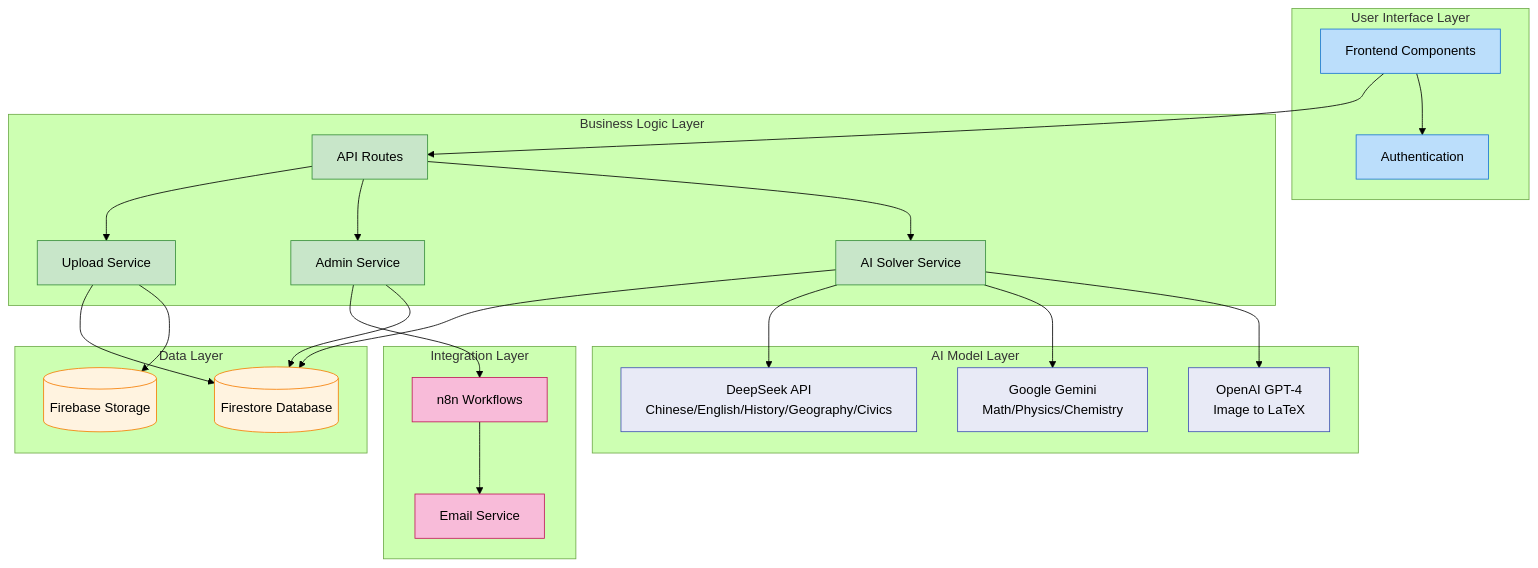
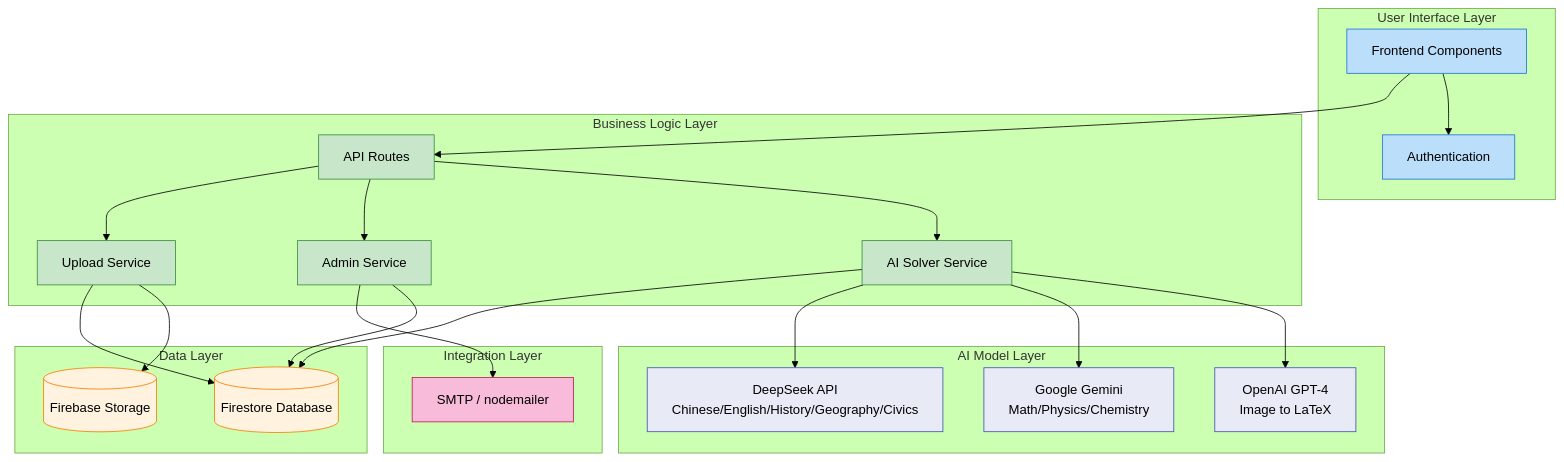
One commit to eason034056/tutor-matching changed the second of 4 diagrams in README.md. Above: the diagram before and after it, drawn with Mermaid (forest theme). The commit also changed other lines of this file and 9 other files, not shown here.

First line of the commit message:
refactor(notifications): replace n8n webhook with direct SMTP email

````diff
--- a/README.md
+++ b/README.md
@@ -105,64 +104,61 @@
 ```mermaid
 graph TD
     subgraph "User Interface Layer"
         UI[Frontend Components]
         Auth[Authentication]
     end
     
     subgraph "Business Logic Layer"
         API[API Routes]
         Solver[AI Solver Service]
         Admin[Admin Service]
         Upload[Upload Service]
     end
     
     subgraph "Data Layer"
         DB[(Firestore Database)]
         Storage[(Firebase Storage)]
     end
     
     subgraph "AI Model Layer"
         OpenAI[OpenAI GPT-4<br/>Image to LaTeX]
         Gemini[Google Gemini<br/>Math/Physics/Chemistry]
         DeepSeek[DeepSeek API<br/>Chinese/English/History/Geography/Civics]
     end
     
     subgraph "Integration Layer"
-        N8N[n8n Workflows]
-        Email[Email Service]
+        Email[SMTP / nodemailer]
     end
     
     %% Clean connections
     UI --> Auth
     UI --> API
     
     API --> Solver
     API --> Admin  
     API --> Upload
     
     Solver --> OpenAI
     Solver --> Gemini
     Solver --> DeepSeek
     Solver --> DB
     
     Admin --> DB
-    Admin --> N8N
+    Admin --> Email
     
     Upload --> Storage
     Upload --> DB
-    
-    N8N --> Email
     
     %% Styling with black text
     classDef ui fill:#bbdefb,stroke:#1976d2,color:#000
     classDef logic fill:#c8e6c9,stroke:#388e3c,color:#000
     classDef data fill:#fff3e0,stroke:#f57c00,color:#000
     classDef ai fill:#e8eaf6,stroke:#3f51b5,color:#000
     classDef integration fill:#f8bbd9,stroke:#c2185b,color:#000
     
     class UI,Auth ui
     class API,Solver,Admin,Upload logic
     class DB,Storage data
     class OpenAI,Gemini,DeepSeek ai
-    class N8N,Email integration
+    class Email integration
 ```
````
